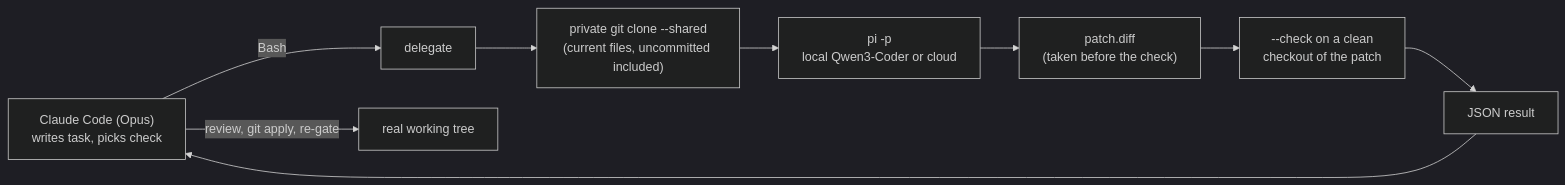
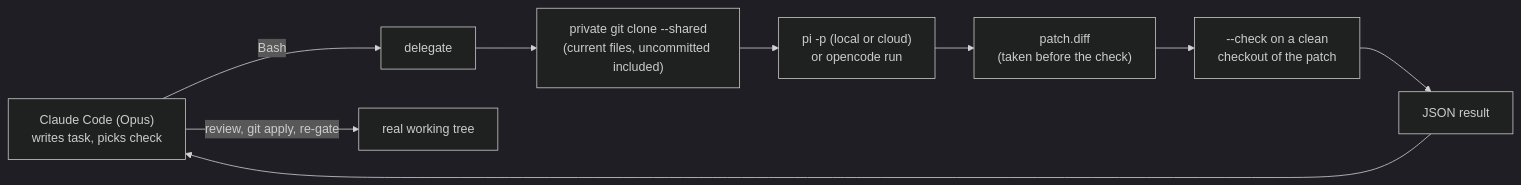
Before and after one commit to szaghi/dotfiles: the diagram in docs/claude/delegate.md, drawn with Mermaid (dark theme). The commit also changed other lines of this file and 5 other files, not shown here.

````diff
--- a/docs/claude/delegate.md
+++ b/docs/claude/delegate.md
@@ -22,11 +24,11 @@
 ```mermaid
 flowchart LR
     O["Claude Code (Opus)<br/>writes task, picks check"] -->|Bash| D["delegate"]
     D --> W["private git clone --shared<br/>(current files, uncommitted included)"]
-    W --> P["pi -p<br/>local Qwen3-Coder or cloud"]
+    W --> P["pi -p (local or cloud)<br/>or opencode run"]
     P --> X["patch.diff<br/>(taken before the check)"]
     X --> C["--check on a clean<br/>checkout of the patch"]
     C --> J["JSON result"]
     J --> O
     O -->|review, git apply, re-gate| R["real working tree"]
 ```
````
